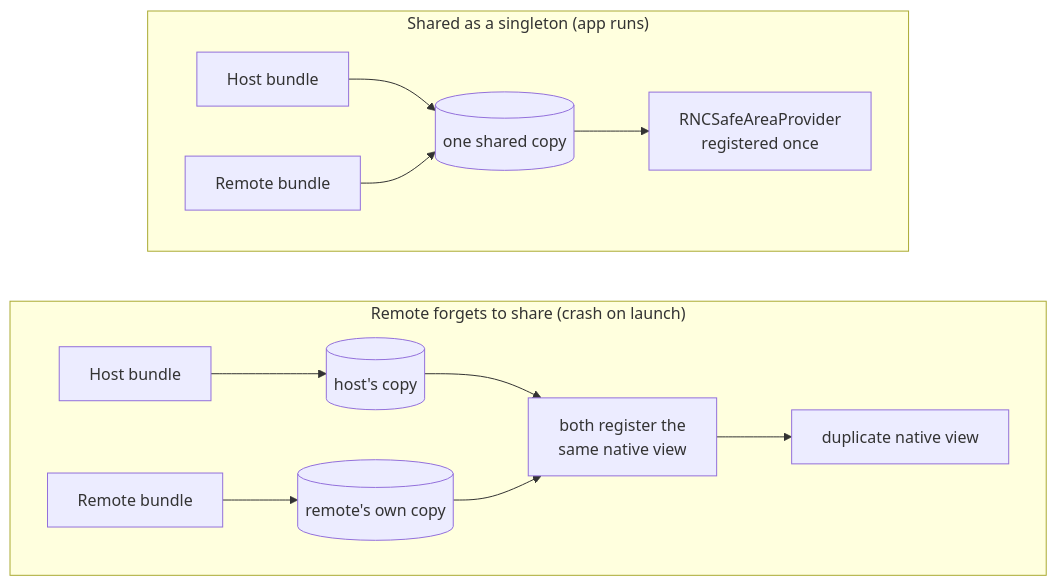
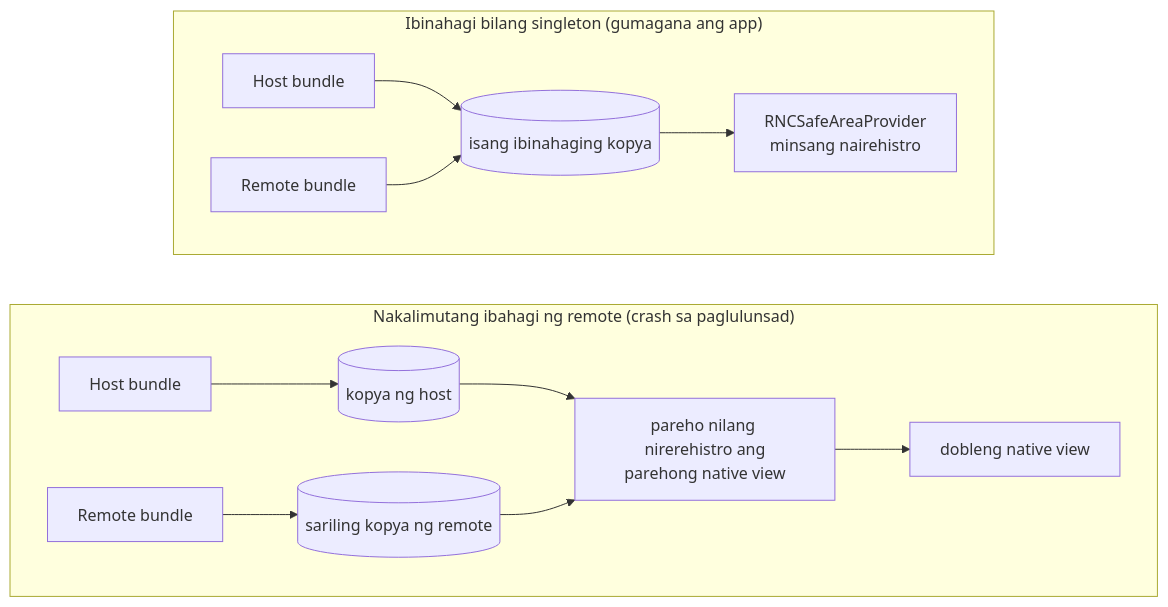
One commit to warrendeleon/warrendeleon.com changed the diagram in src/content/blog/tl/shared-singleton-contract-react-native.md. Above: the diagram before and after it, drawn with Mermaid. The commit also changed 11 other files, not shown here.

First line of the commit message:
🌐 i18n(blog): translate mermaid diagram labels (es/ca/tl)

````diff
--- a/src/content/blog/tl/shared-singleton-contract-react-native.md
+++ b/src/content/blog/tl/shared-singleton-contract-react-native.md
@@ -179,18 +179,18 @@
 ```mermaid
 flowchart TB
-    subgraph good["Shared as a singleton (app runs)"]
+    subgraph good["Ibinahagi bilang singleton (gumagana ang app)"]
         direction LR
-        GH[Host bundle] --> GS[(one shared copy)]
+        GH[Host bundle] --> GS[(isang ibinahaging kopya)]
         GR[Remote bundle] --> GS
-        GS --> GOK["RNCSafeAreaProvider\nregistered once"]
+        GS --> GOK["RNCSafeAreaProvider\nminsang nairehistro"]
     end
-    subgraph bad["Remote forgets to share (crash on launch)"]
+    subgraph bad["Nakalimutang ibahagi ng remote (crash sa paglulunsad)"]
         direction LR
-        BH[Host bundle] --> BHC[(host's copy)]
-        BR[Remote bundle] --> BRC[(remote's own copy)]
-        BHC --> BREG["both register the\nsame native view"]
+        BH[Host bundle] --> BHC[(kopya ng host)]
+        BR[Remote bundle] --> BRC[(sariling kopya ng remote)]
+        BHC --> BREG["pareho nilang nirerehistro ang\nparehong native view"]
         BRC --> BREG
-        BREG --> BX["duplicate native view"]
+        BREG --> BX["dobleng native view"]
     end
     good ~~~ bad
 ```
````
